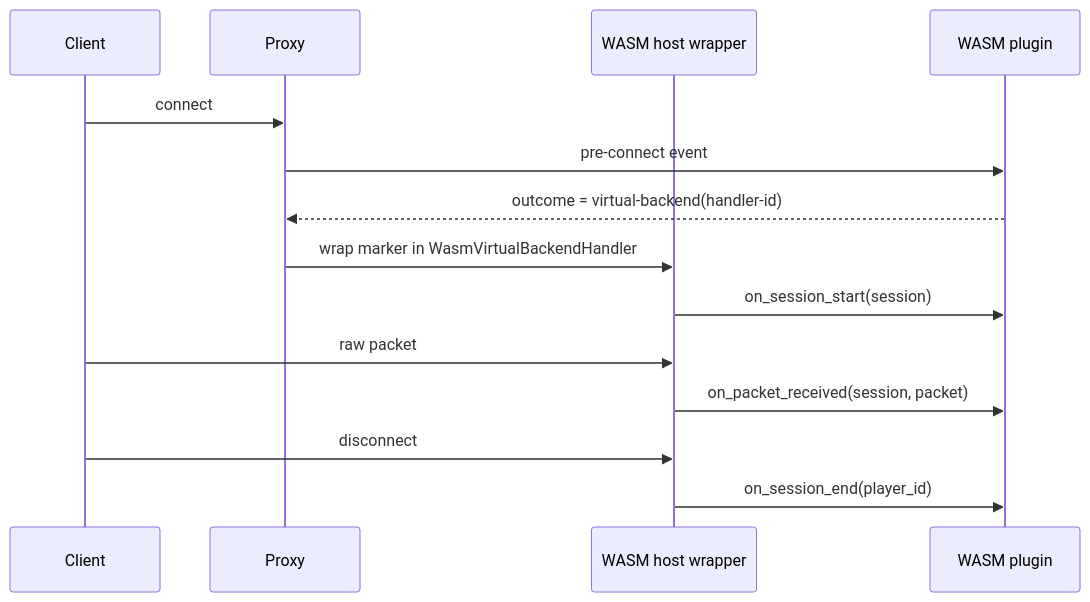
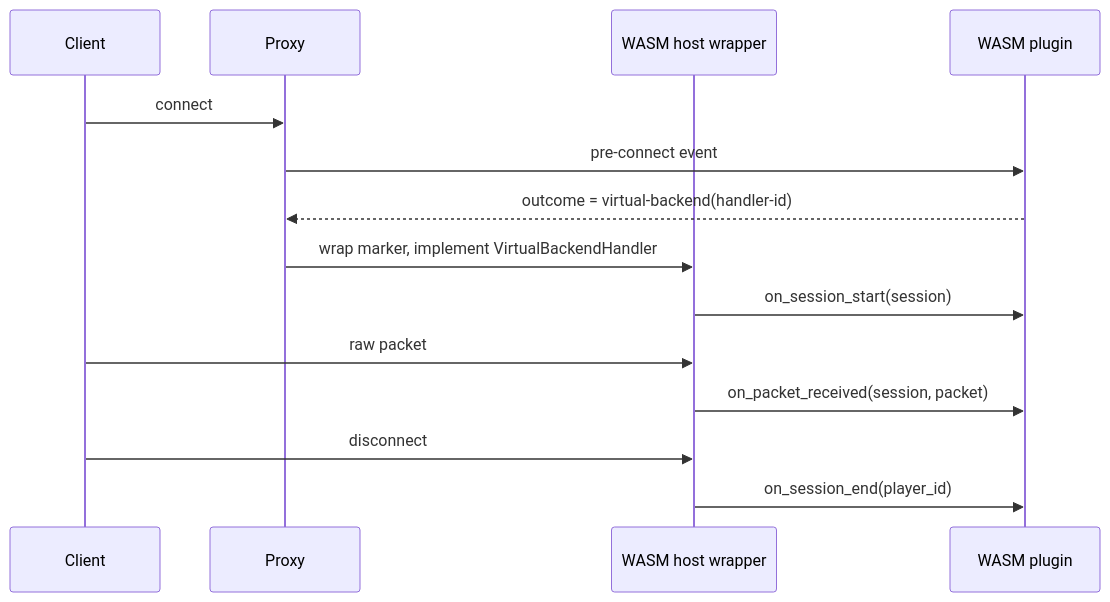
One commit to Shadowner/Infrarust changed the diagram in docs/v2/plugins/wasm/virtual-backend.md. Above: the diagram before and after it, drawn with Mermaid. The commit also changed other lines of this file and 70 other files, not shown here.

````diff
--- a/docs/v2/plugins/wasm/virtual-backend.md
+++ b/docs/v2/plugins/wasm/virtual-backend.md
@@ -120,17 +131,17 @@
 ```mermaid
 sequenceDiagram
     participant Client
     participant Proxy
     participant Host as WASM host wrapper
     participant Guest as WASM plugin
 
     Client->>Proxy: connect
     Proxy->>Guest: pre-connect event
     Guest-->>Proxy: outcome = virtual-backend(handler-id)
-    Proxy->>Host: wrap marker in WasmVirtualBackendHandler
+    Proxy->>Host: wrap marker, implement VirtualBackendHandler
     Host->>Guest: on_session_start(session)
     Client->>Host: raw packet
     Host->>Guest: on_packet_received(session, packet)
     Client->>Host: disconnect
     Host->>Guest: on_session_end(player_id)
 ```
````
